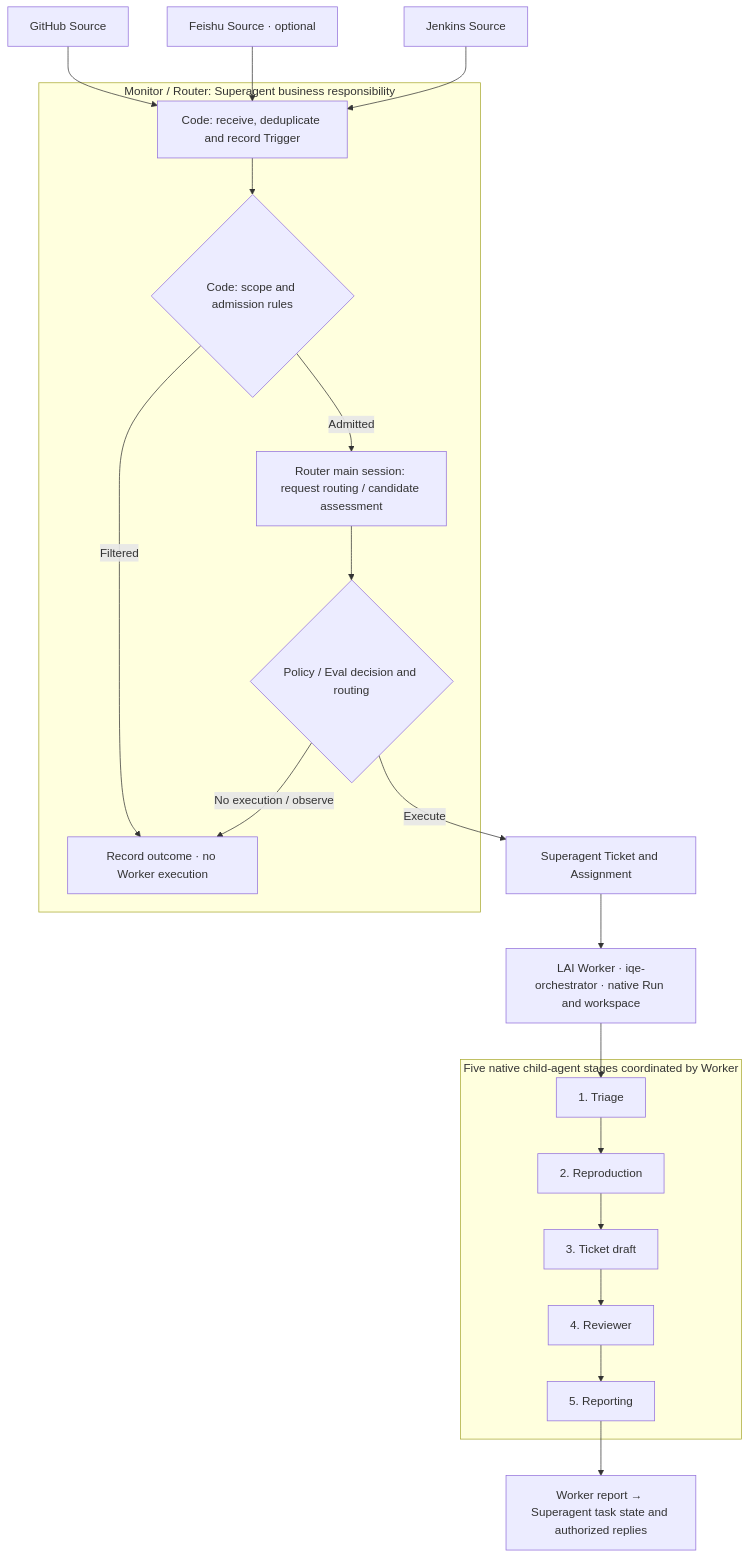
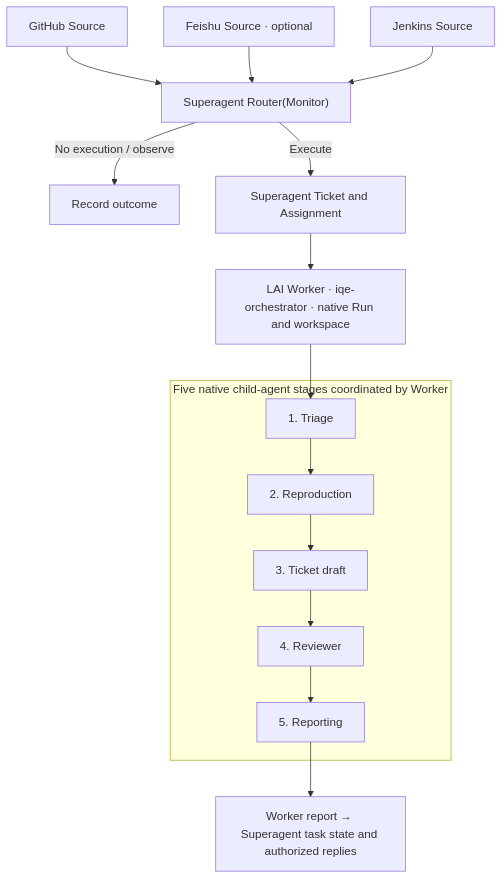
One commit to devsuperjin/LAI-Trial changed the diagram in README.md. Above: the diagram before and after it, drawn with Mermaid. The commit also changed other lines of this file and 3 other files, not shown here.

Commit message:
docs: simplify Monitor flow to a single Superagent Router node

````diff
--- a/README.md
+++ b/README.md
@@ -20,26 +20,20 @@
 ```mermaid
 flowchart TD
     GH["GitHub Source"]
     FS["Feishu Source · optional"]
     JK["Jenkins Source"]
-    subgraph Monitor["Monitor / Router: Superagent business responsibility"]
-        Intake["Code: receive, deduplicate and record Trigger"] --> Gate{"Code: scope and admission rules"}
-        Gate -->|Filtered| Record["Record outcome · no Worker execution"]
-        Gate -->|Admitted| Router["Router main session: request routing / candidate assessment"]
-        Router --> Decision{"Policy / Eval decision and routing"}
-        Decision -->|No execution / observe| Record
-    end
-    GH --> Intake
-    FS --> Intake
-    JK --> Intake
-    Decision -->|Execute| Task["Superagent Ticket and Assignment"]
+    GH --> Router["Superagent Router(Monitor)"]
+    FS --> Router
+    JK --> Router
+    Router -->|No execution / observe| Record["Record outcome"]
+    Router -->|Execute| Task["Superagent Ticket and Assignment"]
     Task --> Worker["LAI Worker · iqe-orchestrator · native Run and workspace"]
     subgraph Pipeline["Five native child-agent stages coordinated by Worker"]
         Triage["1. Triage"] --> Reproduce["2. Reproduction"]
         Reproduce --> Ticket["3. Ticket draft"]
         Ticket --> Review["4. Reviewer"]
         Review --> Reporter["5. Reporting"]
     end
     Worker --> Triage
     Reporter --> Result["Worker report → Superagent task state and authorized replies"]
 ```
````
